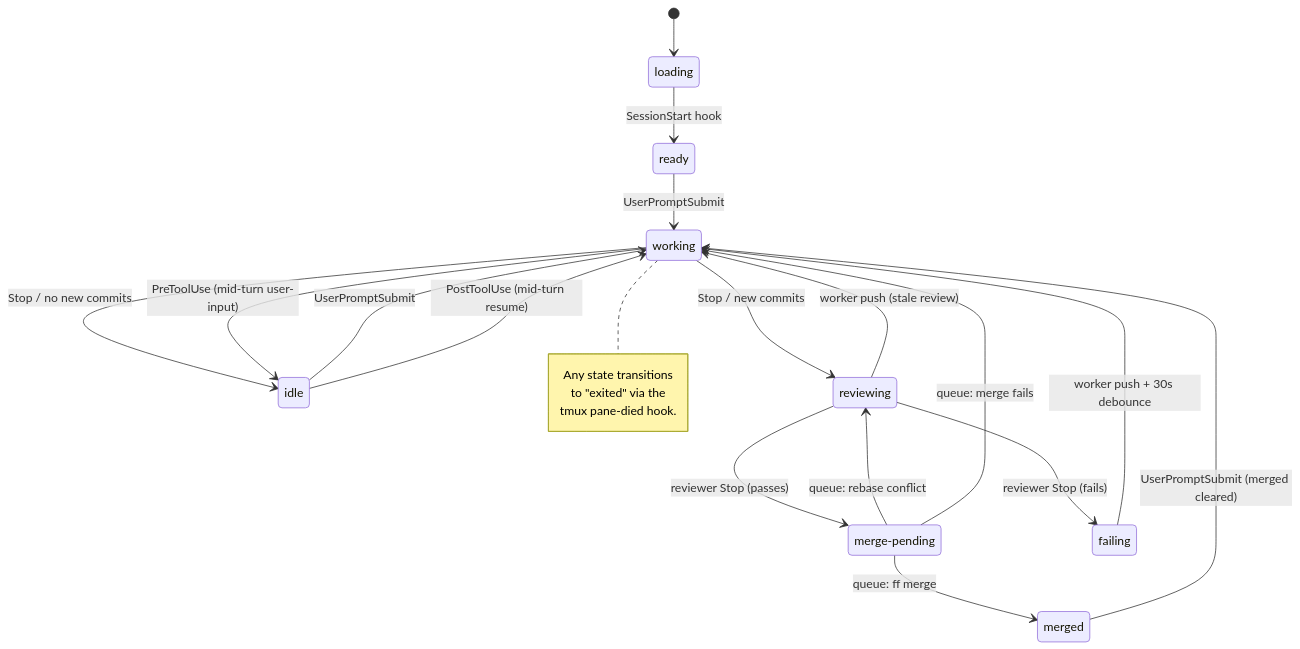
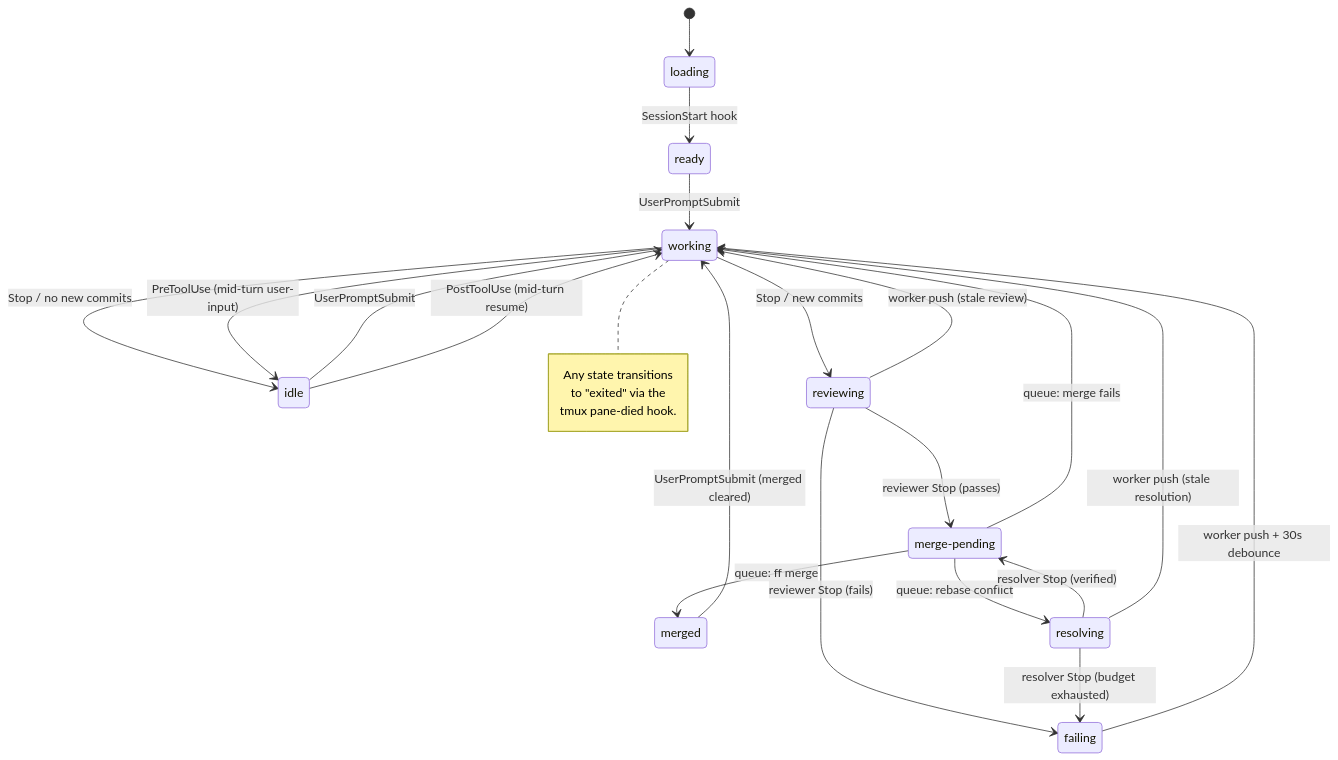
Before and after one commit to keychanger/garden: the first of 4 diagrams in src/dashboard/STATUS.md, drawn with Mermaid. The commit also changed other lines of this file and 9 other files, not shown here.

````diff
--- a/src/dashboard/STATUS.md
+++ b/src/dashboard/STATUS.md
@@ -55,33 +56,37 @@
 ```mermaid
 stateDiagram-v2
     [*] --> loading
     loading --> ready : SessionStart hook
     ready --> working : UserPromptSubmit
 
     working --> idle : Stop / no new commits
     working --> idle : PreToolUse (mid-turn user-input)
     working --> reviewing : Stop / new commits
 
     idle --> working : UserPromptSubmit
     idle --> working : PostToolUse (mid-turn resume)
 
     reviewing --> merge_pending : reviewer Stop (passes)
     reviewing --> failing : reviewer Stop (fails)
     reviewing --> working : worker push (stale review)
 
     merge_pending --> merged : queue: ff merge
-    merge_pending --> reviewing : queue: rebase conflict
+    merge_pending --> resolving : queue: rebase conflict
     merge_pending --> working : queue: merge fails
+
+    resolving --> merge_pending : resolver Stop (verified)
+    resolving --> failing : resolver Stop (budget exhausted)
+    resolving --> working : worker push (stale resolution)
 
     merged --> working : UserPromptSubmit (merged cleared)
 
     failing --> working : worker push + 30s debounce
 
     state "merge-pending" as merge_pending
 
     note right of working
         Any state transitions
         to "exited" via the
         tmux pane-died hook.
     end note
 ```
````
